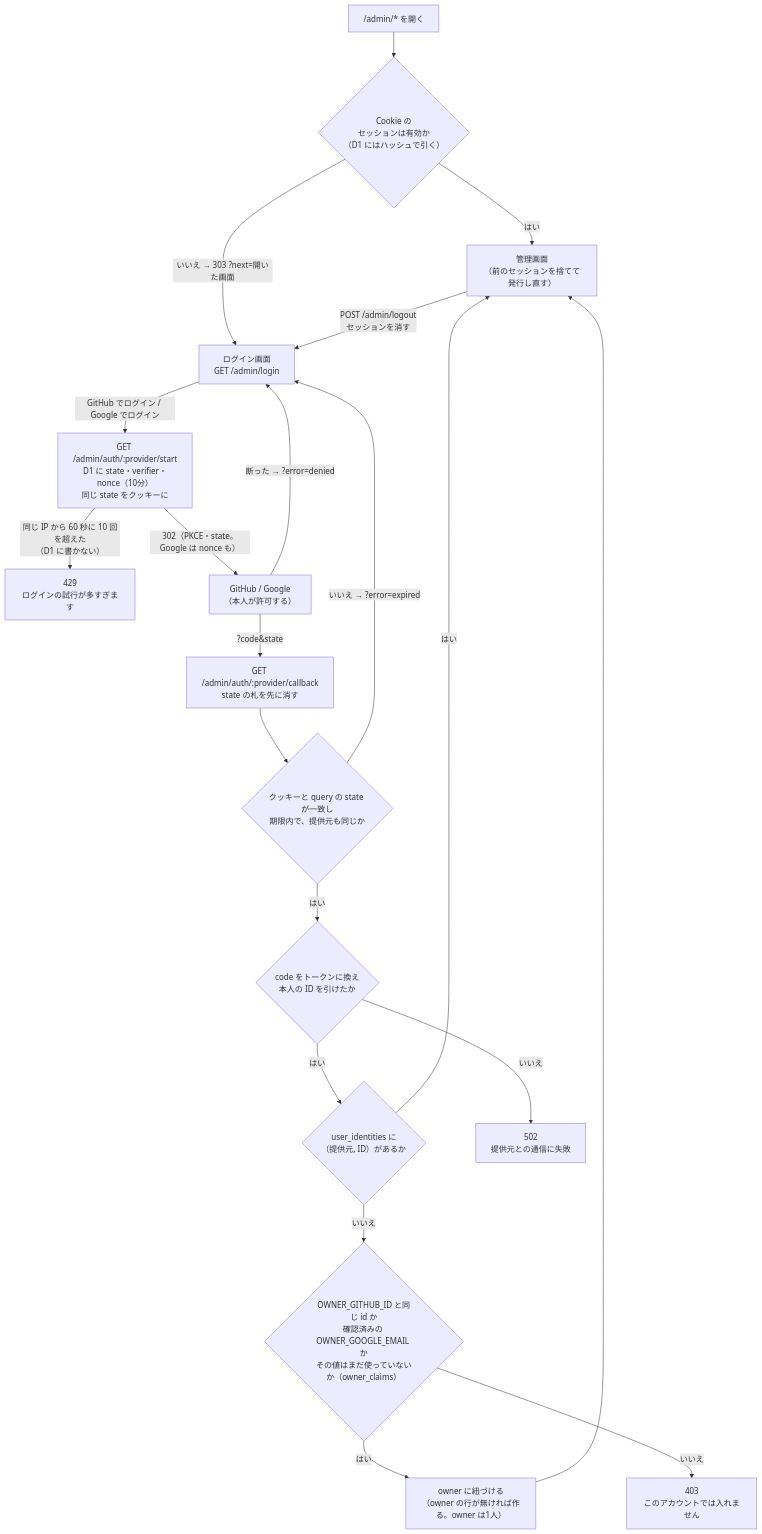
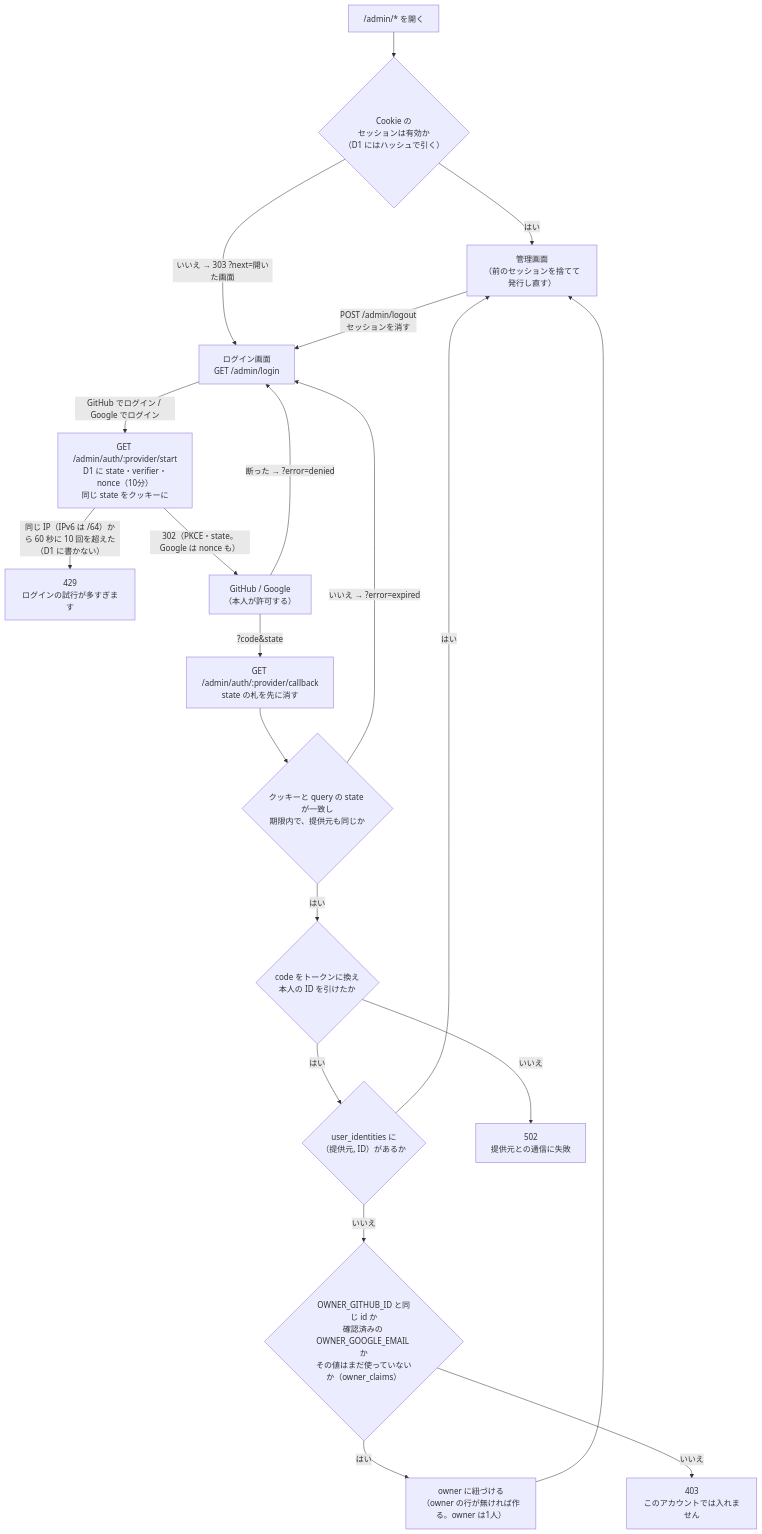
One commit to iam74k4/Web-AstLog changed the third of 4 diagrams in docs/flow.md. Above: the diagram before and after it, drawn with Mermaid. The commit also changed other lines of this file and 7 other files, not shown here.

````diff
--- a/docs/flow.md
+++ b/docs/flow.md
@@ -332,38 +332,38 @@
 ```mermaid
 flowchart TD
     Any["/admin/* を開く"]
     Check{"Cookie の<br>セッションは有効か<br>（D1 にはハッシュで引く）"}
     Login["ログイン画面<br>GET /admin/login"]
     Start["GET /admin/auth/:provider/start<br>D1 に state・verifier・nonce（10分）<br>同じ state をクッキーに"]
     Busy["429<br>ログインの試行が多すぎます"]
     Provider["GitHub / Google<br>（本人が許可する）"]
     Callback["GET /admin/auth/:provider/callback<br>state の札を先に消す"]
     State{"クッキーと query の state が一致し<br>期限内で、提供元も同じか"}
     Exchange{"code をトークンに換え<br>本人の ID を引けたか"}
     Who{"user_identities に<br>（提供元, ID）があるか"}
     Owner{"OWNER_GITHUB_ID と同じ id か<br>確認済みの OWNER_GOOGLE_EMAIL か<br>その値はまだ使っていないか（owner_claims）"}
     Link["owner に紐づける<br>（owner の行が無ければ作る。owner は1人）"]
     Admin["管理画面<br>（前のセッションを捨てて発行し直す）"]
     Refuse["403<br>このアカウントでは入れません"]
     Broken["502<br>提供元との通信に失敗"]
 
     Any --> Check
     Check -->|"はい"| Admin
     Check -->|"いいえ → 303 ?next=開いた画面"| Login
     Login -->|"GitHub でログイン / Google でログイン"| Start
-    Start -->|"同じ IP から 60 秒に 10 回を超えた<br>（D1 に書かない）"| Busy
+    Start -->|"同じ IP（IPv6 は /64）から 60 秒に 10 回を超えた<br>（D1 に書かない）"| Busy
     Start -->|"302（PKCE・state。Google は nonce も）"| Provider
     Provider -->|"断った → ?error=denied"| Login
     Provider -->|"?code&state"| Callback
     Callback --> State
     State -->|"いいえ → ?error=expired"| Login
     State -->|"はい"| Exchange
     Exchange -->|"いいえ"| Broken
     Exchange -->|"はい"| Who
     Who -->|"はい"| Admin
     Who -->|"いいえ"| Owner
     Owner -->|"はい"| Link
     Link --> Admin
     Owner -->|"いいえ"| Refuse
     Admin -->|"POST /admin/logout<br>セッションを消す"| Login
 ```
````
